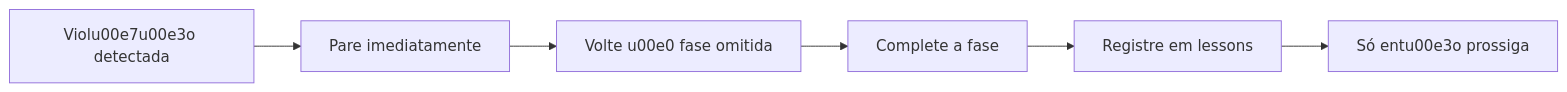
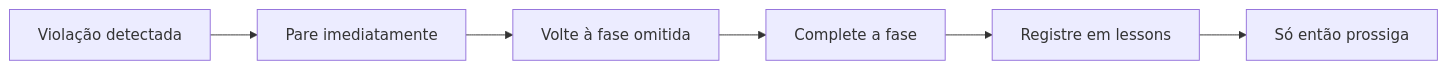
The second of 2 diagrams in kom/07-governanca.md (CIpriano2025/KOM-2.0), drawn with Mermaid before and after one commit. The commit also changed 8 other files, not shown here.

````diff
--- a/kom/07-governanca.md
+++ b/kom/07-governanca.md
@@ -43,8 +43,8 @@
 ```mermaid
 flowchart LR
-    V[Violu00e7u00e3o detectada] --> P[Pare imediatamente]
-    P --> R[Volte u00e0 fase omitida]
+    V[Violação detectada] --> P[Pare imediatamente]
+    P --> R[Volte à fase omitida]
     R --> C[Complete a fase]
     C --> L[Registre em lessons]
-    L --> S[Só entu00e3o prossiga]
+    L --> S[Só então prossiga]
 ```
````
